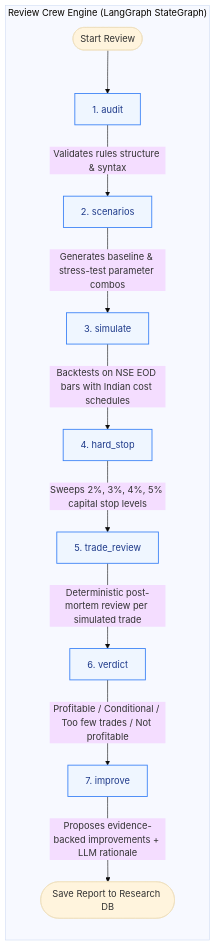
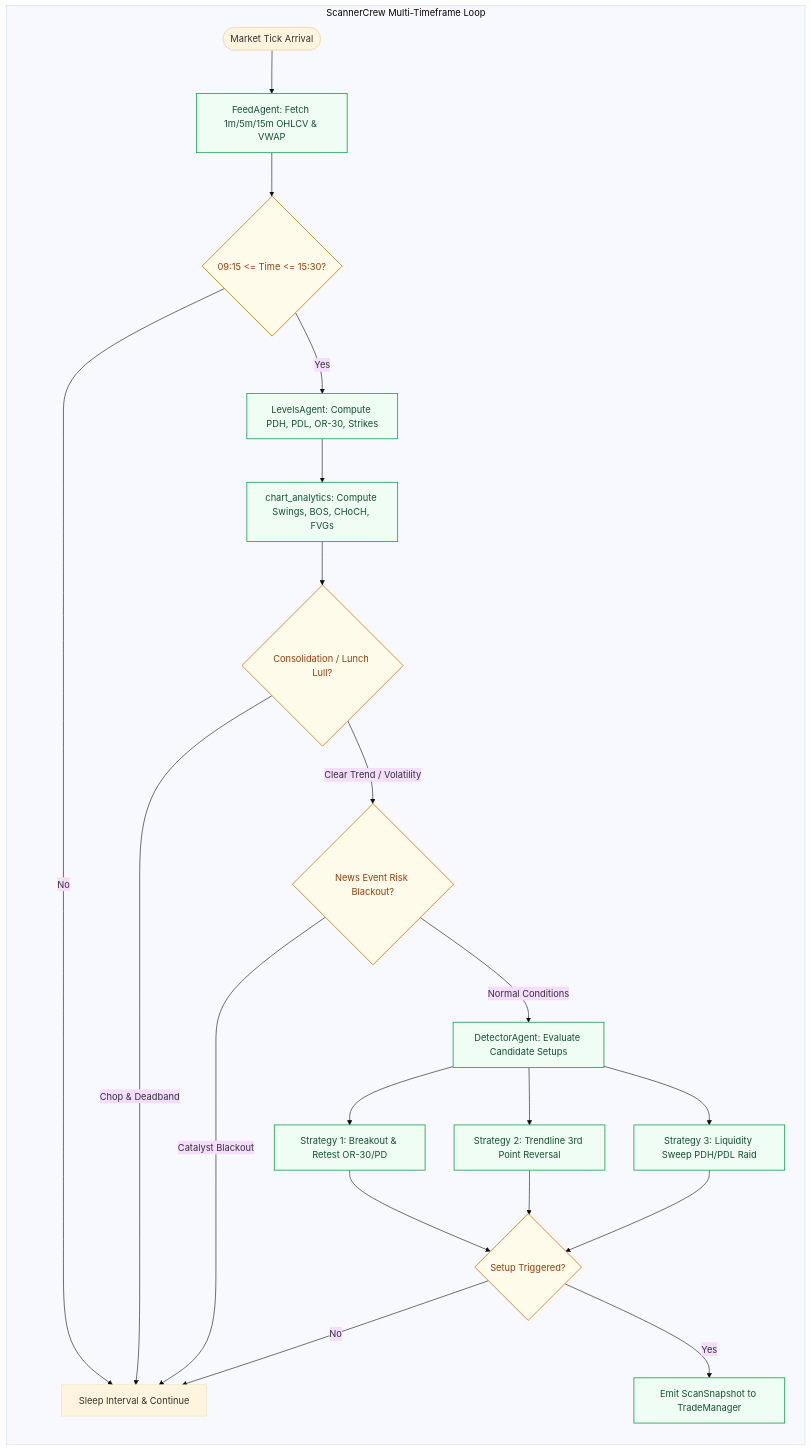
Before and after one commit to skoust1-a11y/genesis: the second of 5 diagrams in DocumentsAndDiagrams/CURRENT_ARCHITECTURE_AND_AGENT_FLOWS.md, drawn with Mermaid (base theme). The commit also changed other lines of this file and 110 other files, not shown here.

First line of the commit message:
feat(arch): implement multi-crew autonomous trading framework and post-market safety wall

````diff
--- a/DocumentsAndDiagrams/CURRENT_ARCHITECTURE_AND_AGENT_FLOWS.md
+++ b/DocumentsAndDiagrams/CURRENT_ARCHITECTURE_AND_AGENT_FLOWS.md
@@ -87,17 +91,32 @@
 ```mermaid
 flowchart TD
-    subgraph ReviewCrew["Review Crew Engine (LangGraph StateGraph)"]
+    subgraph ScannerLoop["ScannerCrew Multi-Timeframe Loop"]
         direction TB
-        rc_start([Start Review]) --> audit[1. audit]
-        audit -->|Validates rules structure & syntax| scenarios[2. scenarios]
-        scenarios -->|Generates baseline & stress-test parameter combos| simulate[3. simulate]
-        simulate -->|Backtests on NSE EOD bars with Indian cost schedules| hard_stop[4. hard_stop]
-        hard_stop -->|Sweeps 2%, 3%, 4%, 5% capital stop levels| trade_review[5. trade_review]
-        trade_review -->|Deterministic post-mortem review per simulated trade| verdict[6. verdict]
-        verdict -->|Profitable / Conditional / Too few trades / Not profitable| improve[7. improve]
-        improve -->|Proposes evidence-backed improvements + LLM rationale| rc_end([Save Report to Research DB])
+        tick_start([Market Tick Arrival]) --> feed[FeedAgent: Fetch 1m/5m/15m OHLCV & VWAP]
+        feed --> hours_check{09:15 <= Time <= 15:30?}
+        hours_check -->|No| sleep_out[Sleep Interval & Continue]
+        
+        hours_check -->|Yes| levels[LevelsAgent: Compute PDH, PDL, OR-30, Strikes]
+        levels --> struct[chart_analytics: Compute Swings, BOS, CHoCH, FVGs]
+        
+        struct --> filter_deadband{Consolidation / Lunch Lull?}
+        filter_deadband -->|Chop & Deadband| sleep_out
+        filter_deadband -->|Clear Trend / Volatility| news_check{News Event Risk Blackout?}
+        news_check -->|Catalyst Blackout| sleep_out
+        
+        news_check -->|Normal Conditions| detector[DetectorAgent: Evaluate Candidate Setups]
+        
+        detector --> strat_a[Strategy 1: Breakout & Retest OR-30/PD]
+        detector --> strat_b[Strategy 2: Trendline 3rd Point Reversal]
+        detector --> strat_c[Strategy 3: Liquidity Sweep PDH/PDL Raid]
+        
+        strat_a & strat_b & strat_c --> setup_found{Setup Triggered?}
+        setup_found -->|No| sleep_out
+        setup_found -->|Yes| emit_snap[Emit ScanSnapshot to TradeManager]
     end
 
-    classDef reviewClass fill:#eff6ff,stroke:#3b82f6,stroke-width:1.5px,color:#1e3a8a;
-    class audit,scenarios,simulate,hard_stop,trade_review,verdict,improve reviewClass;
+    classDef loopClass fill:#f0fdf4,stroke:#16a34a,stroke-width:1.4px,color:#14532d;
+    classDef checkClass fill:#fffbeb,stroke:#d97706,stroke-width:1.4px,color:#92400e;
+    class feed,levels,struct,detector,strat_a,strat_b,strat_c,emit_snap loopClass;
+    class hours_check,filter_deadband,news_check,setup_found checkClass;
 ```
````
